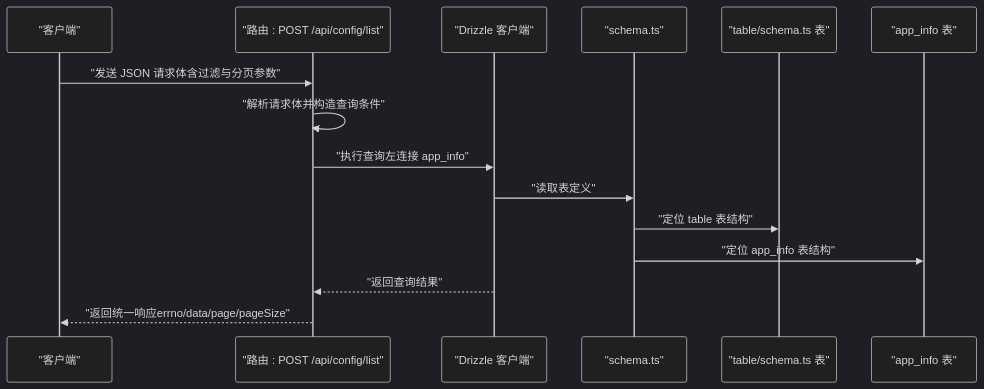
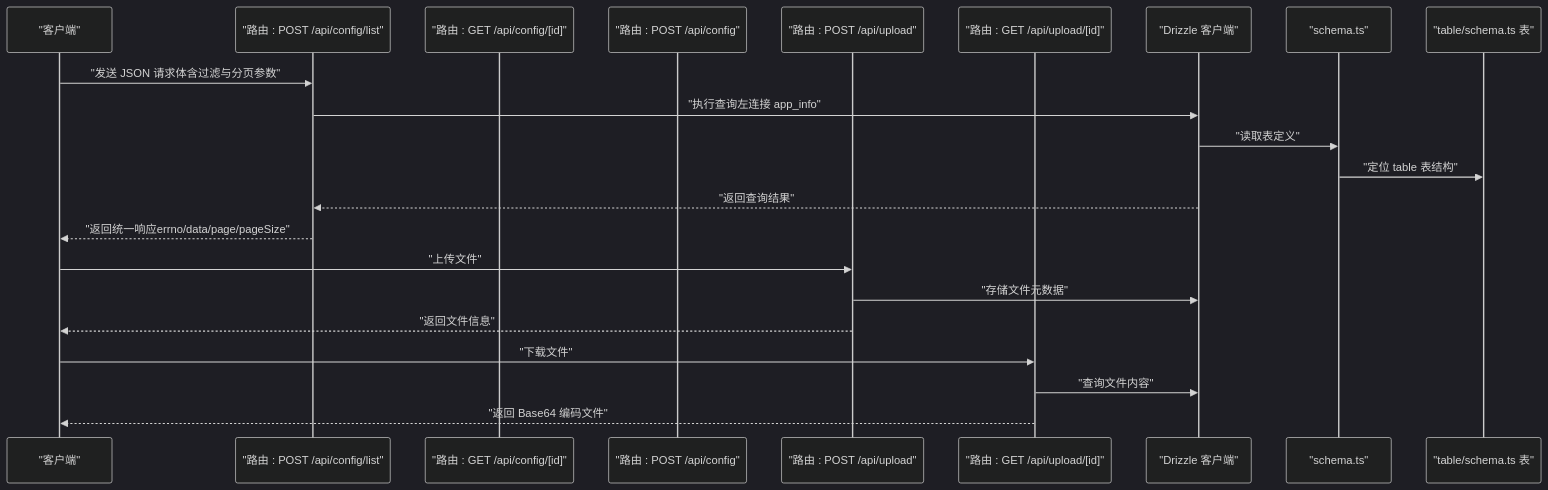
Before and after one commit to HAOFUYANG/nextjs-admin: the second of 5 diagrams in .qoder/repowiki/zh/content/数据库集成/API 接口设计/配置管理 API.md, drawn with Mermaid (dark theme). The commit also changed other lines of this file and 15 other files, not shown here.

````diff
--- a/.qoder/repowiki/zh/content/数据库集成/API 接口设计/配置管理 API.md
+++ b/.qoder/repowiki/zh/content/数据库集成/API 接口设计/配置管理 API.md
@@ -79,17 +134,24 @@
 ```mermaid
 sequenceDiagram
 participant C as "客户端"
-participant R as "路由 : POST /api/config/list"
+participant LIST as "路由 : POST /api/config/list"
+participant GET_ID as "路由 : GET /api/config/[id]"
+participant CREATE as "路由 : POST /api/config"
+participant UPLOAD as "路由 : POST /api/upload"
+participant DOWNLOAD as "路由 : GET /api/upload/[id]"
 participant D as "Drizzle 客户端"
 participant S as "schema.ts"
 participant T as "table/schema.ts 表"
-participant A as "app_info 表"
-C->>R : "发送 JSON 请求体含过滤与分页参数"
-R->>R : "解析请求体并构造查询条件"
-R->>D : "执行查询左连接 app_info"
+C->>LIST : "发送 JSON 请求体含过滤与分页参数"
+LIST->>D : "执行查询左连接 app_info"
 D->>S : "读取表定义"
 S->>T : "定位 table 表结构"
-S->>A : "定位 app_info 表结构"
-D-->>R : "返回查询结果"
-R-->>C : "返回统一响应errno/data/page/pageSize"
+D-->>LIST : "返回查询结果"
+LIST-->>C : "返回统一响应errno/data/page/pageSize"
+C->>UPLOAD : "上传文件"
+UPLOAD->>D : "存储文件元数据"
+UPLOAD-->>C : "返回文件信息"
+C->>DOWNLOAD : "下载文件"
+DOWNLOAD->>D : "查询文件内容"
+DOWNLOAD-->>C : "返回 Base64 编码文件"
 ```
````
